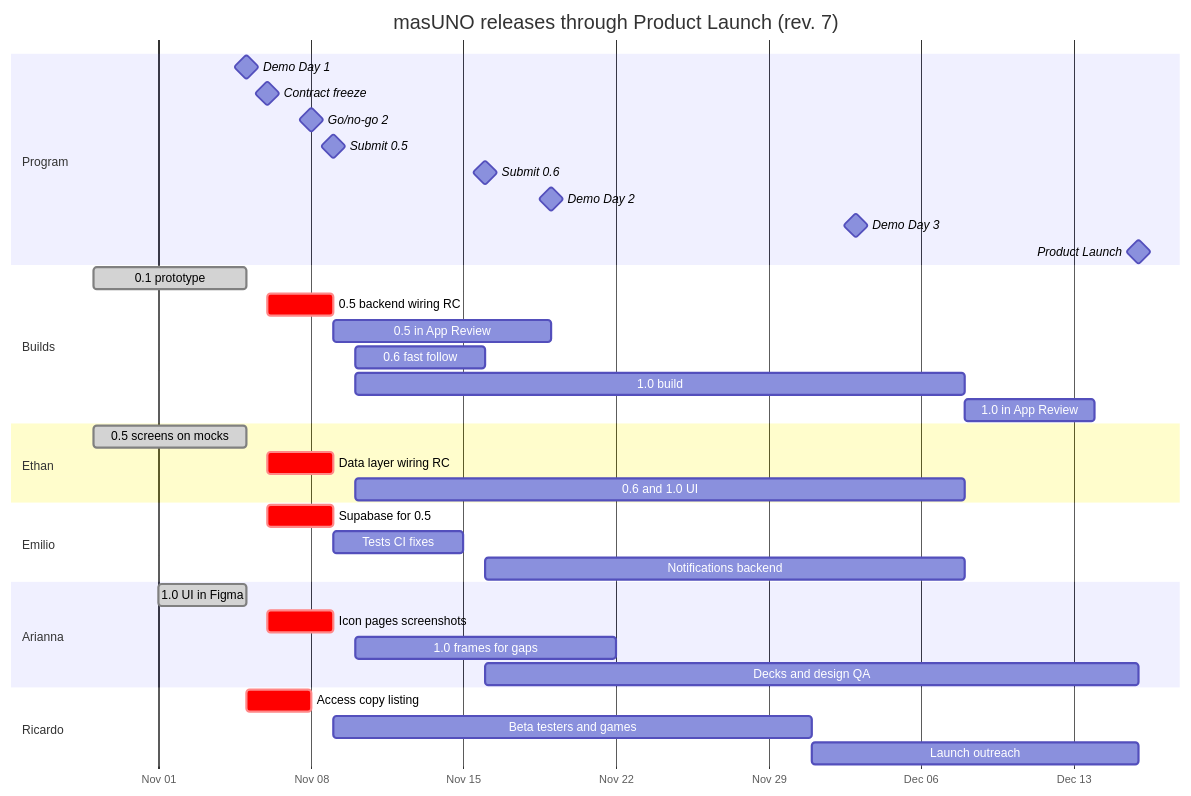
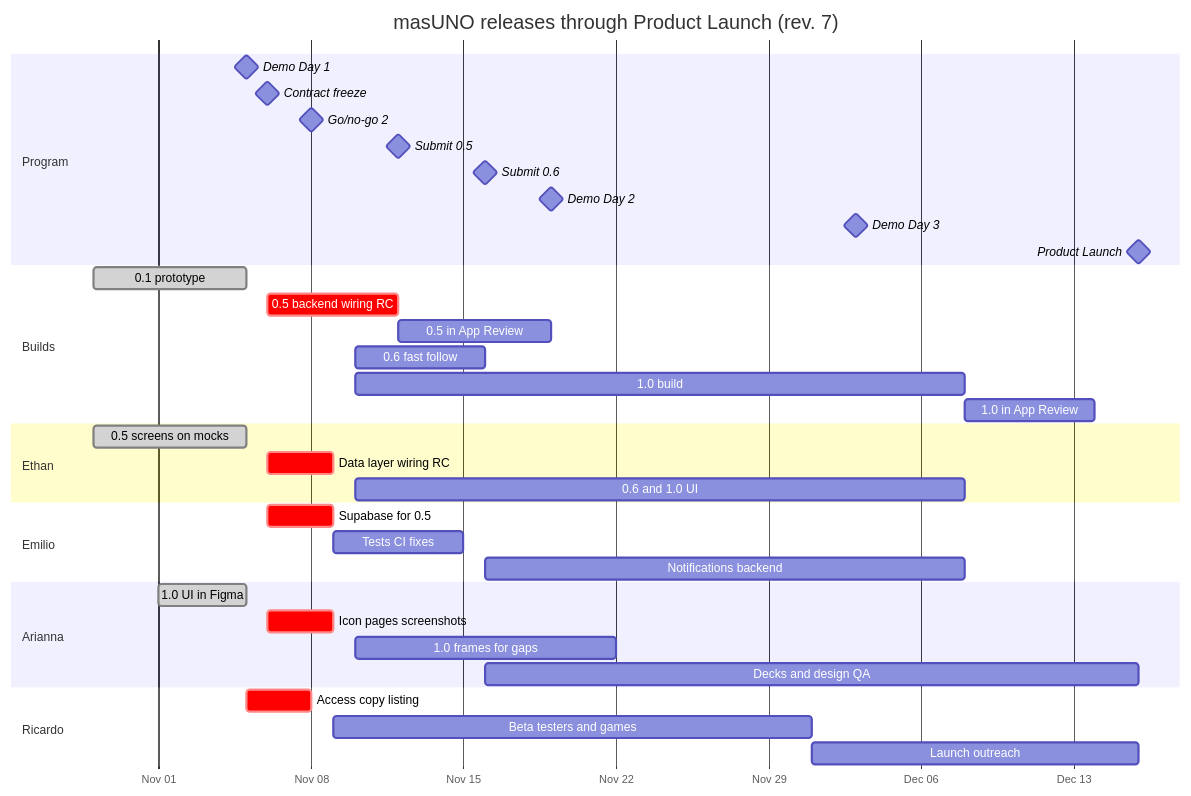
One commit to masUNO-app/ios changed the diagram in docs/SPEC.md. Above: the diagram before and after it, drawn with Mermaid. The commit also changed other lines of this file and 15 other files, not shown here.

````diff
--- a/docs/SPEC.md
+++ b/docs/SPEC.md
@@ -254,39 +272,39 @@
 ```mermaid
 gantt
   title masUNO releases through Product Launch (rev. 7)
   dateFormat YYYY-MM-DD
   axisFormat %b %d
   section Program
   Demo Day 1              :milestone, 2026-11-05, 0d
   Contract freeze         :milestone, 2026-11-06, 0d
   Go/no-go 2              :milestone, 2026-11-08, 0d
-  Submit 0.5              :milestone, 2026-11-09, 0d
+  Submit 0.5              :milestone, 2026-11-12, 0d
   Submit 0.6              :milestone, 2026-11-16, 0d
   Demo Day 2              :milestone, 2026-11-19, 0d
   Demo Day 3              :milestone, 2026-12-03, 0d
   Product Launch          :milestone, 2026-12-16, 0d
   section Builds
   0.1 prototype           :done, 2026-10-29, 2026-11-05
-  0.5 backend wiring RC   :crit, 2026-11-06, 2026-11-09
-  0.5 in App Review       :2026-11-09, 2026-11-19
+  0.5 backend wiring RC   :crit, 2026-11-06, 2026-11-12
+  0.5 in App Review       :2026-11-12, 2026-11-19
   0.6 fast follow         :2026-11-10, 2026-11-16
   1.0 build               :2026-11-10, 2026-12-08
   1.0 in App Review       :2026-12-08, 2026-12-14
   section Ethan
   0.5 screens on mocks    :done, 2026-10-29, 2026-11-05
   Data layer wiring RC    :crit, 2026-11-06, 2026-11-09
   0.6 and 1.0 UI          :2026-11-10, 2026-12-08
   section Emilio
   Supabase for 0.5        :crit, 2026-11-06, 2026-11-09
   Tests CI fixes          :2026-11-09, 2026-11-15
   Notifications backend   :2026-11-16, 2026-12-08
   section Arianna
   1.0 UI in Figma         :done, 2026-11-01, 2026-11-05
   Icon pages screenshots  :crit, 2026-11-06, 2026-11-09
   1.0 frames for gaps     :2026-11-10, 2026-11-22
   Decks and design QA     :2026-11-16, 2026-12-16
   section Ricardo
   Access copy listing     :crit, 2026-11-05, 2026-11-08
   Beta testers and games  :2026-11-09, 2026-12-01
   Launch outreach         :2026-12-01, 2026-12-16
 ```
````
